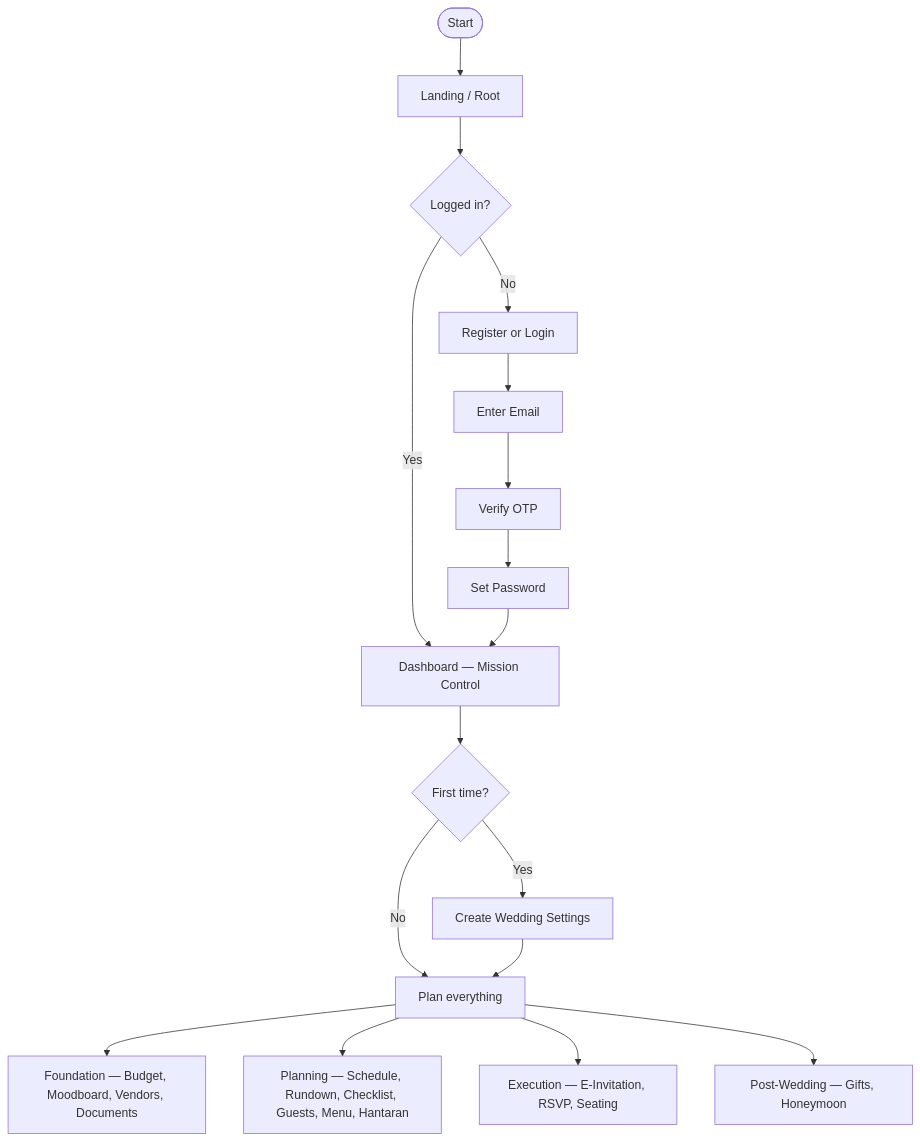
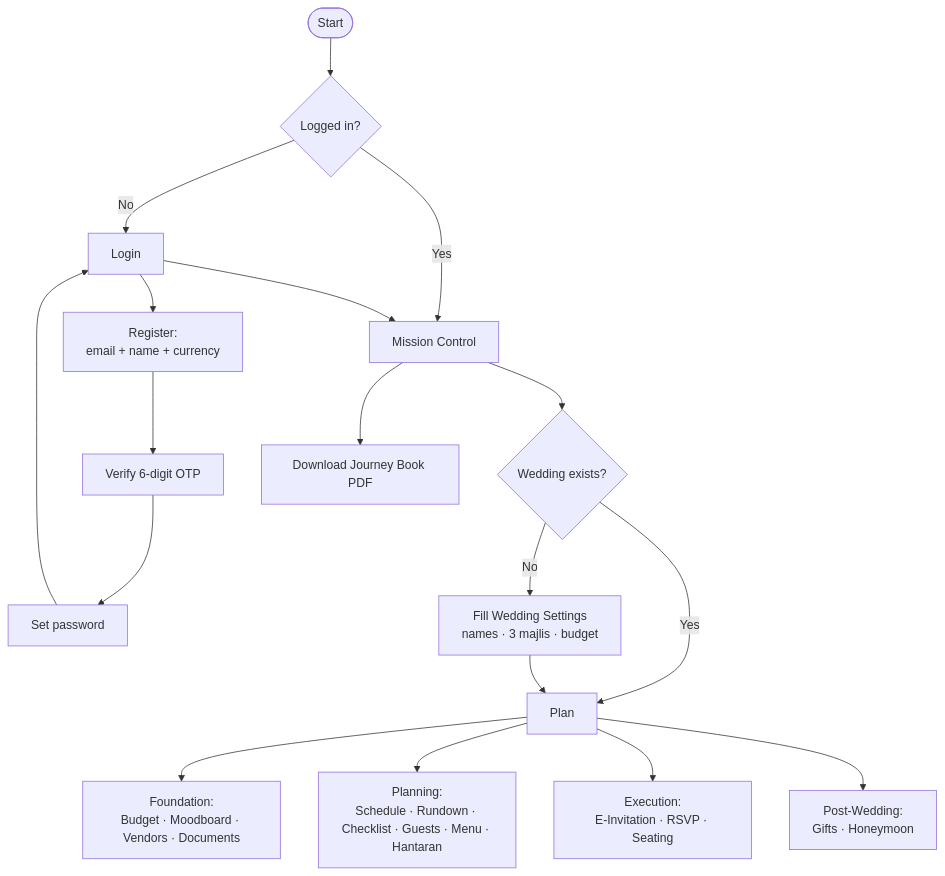
Before and after one commit to snsyaqirah/snsyaqirah.github.io: the fourth of 17 diagrams in portfolio-react/public/docs/planluhh.md, drawn with Mermaid. The commit also changed other lines of this file and 101 other files, not shown here.

````diff
--- a/portfolio-react/public/docs/planluhh.md
+++ b/portfolio-react/public/docs/planluhh.md
@@ -144,19 +162,20 @@
 ```mermaid
 flowchart TD
-    A([Start]) --> B[Landing / Root]
-    B --> C{Logged in?}
-    C -->|No| D[Register or Login]
-    C -->|Yes| E[Dashboard — Mission Control]
-    D --> D1[Enter Email]
-    D1 --> D2[Verify OTP]
-    D2 --> D3[Set Password]
-    D3 --> E
-    E --> F{First time?}
-    F -->|Yes| G[Create Wedding Settings]
-    F -->|No| H[Plan everything]
-    G --> H
-    H --> I[Foundation — Budget, Moodboard, Vendors, Documents]
-    H --> J[Planning — Schedule, Rundown, Checklist, Guests, Menu, Hantaran]
-    H --> K[Execution — E-Invitation, RSVP, Seating]
-    H --> L[Post-Wedding — Gifts, Honeymoon]
+    A([Start]) --> B{Logged in?}
+    B -->|No| C[Login]
+    C --> R[Register:<br/>email + name + currency]
+    R --> O[Verify 6-digit OTP]
+    O --> S[Set password]
+    S --> C
+    B -->|Yes| D[Mission Control]
+    C --> D
+    D --> E{Wedding exists?}
+    E -->|No| F[Fill Wedding Settings<br/>names · 3 majlis · budget]
+    E -->|Yes| G[Plan]
+    F --> G
+    G --> H[Foundation:<br/>Budget · Moodboard · Vendors · Documents]
+    G --> I[Planning:<br/>Schedule · Rundown · Checklist · Guests · Menu · Hantaran]
+    G --> J[Execution:<br/>E-Invitation · RSVP · Seating]
+    G --> K[Post-Wedding:<br/>Gifts · Honeymoon]
+    D --> L[Download Journey Book PDF]
 ```
````
